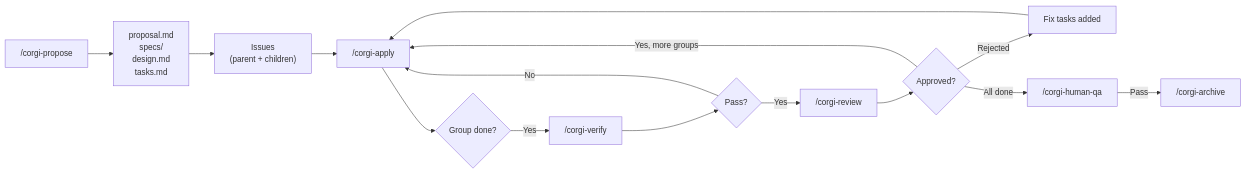
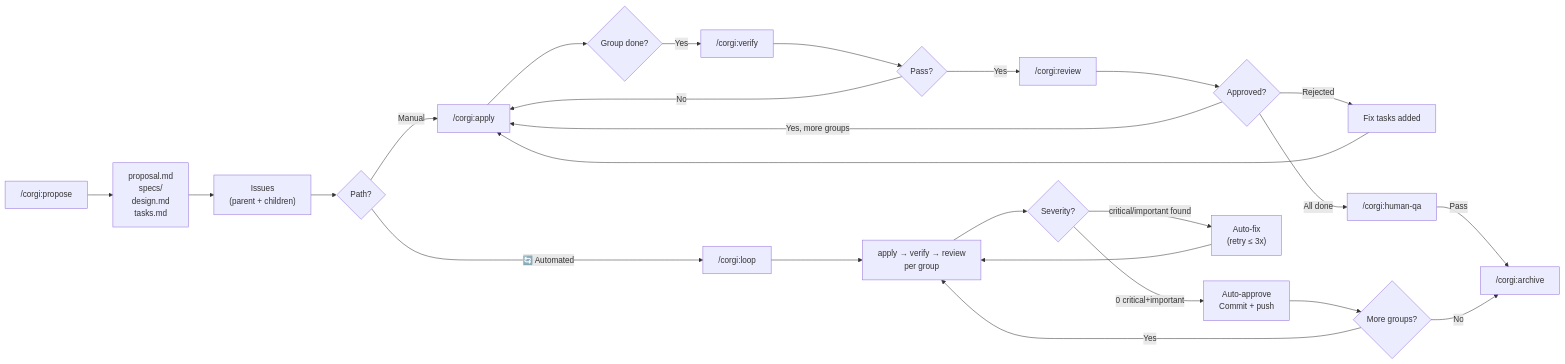
Before and after one commit to ricoyudog/Coding_Corgi_flow: the first of 2 diagrams in README.md, drawn with Mermaid. The commit also changed other lines of this file, not shown here.

Commit message:
vault backup: 2026-06-12 16:20:34

````diff
--- a/README.md
+++ b/README.md
@@ -40,17 +40,28 @@
 ```mermaid
 flowchart LR
-    A["/corgi-propose"] --> B["proposal.md\nspecs/\ndesign.md\ntasks.md"]
+    A["/corgi:propose"] --> B["proposal.md\nspecs/\ndesign.md\ntasks.md"]
     B --> C["Issues\n(parent + children)"]
-    C --> D["/corgi-apply"]
-    D --> E{"Group done?"}
-    E -->|Yes| F["/corgi-verify"]
-    F --> G{"Pass?"}
-    G -->|No| D
-    G -->|Yes| H["/corgi-review"]
-    H --> I{"Approved?"}
-    I -->|Yes, more groups| D
-    I -->|Rejected| J["Fix tasks added"]
-    J --> D
-    I -->|All done| K["/corgi-human-qa"]
-    K -->|Pass| L["/corgi-archive"]
+    C --> D{"Path?"}
+    D -->|"Manual"| E["/corgi:apply"]
+    E --> F{"Group done?"}
+    F -->|Yes| G["/corgi:verify"]
+    G --> H{"Pass?"}
+    H -->|No| E
+    H -->|Yes| I["/corgi:review"]
+    I --> J{"Approved?"}
+    J -->|"Yes, more groups"| E
+    J -->|Rejected| K["Fix tasks added"]
+    K --> E
+    J -->|"All done"| L["/corgi:human-qa"]
+    L -->|Pass| M["/corgi:archive"]
+    
+    D -->|"🔄 Automated"| N["/corgi:loop"]
+    N --> O["apply → verify → review\nper group"]
+    O --> P{"Severity?"}
+    P -->|"0 critical+important"| Q["Auto-approve\nCommit + push"]
+    Q --> R{"More groups?"}
+    R -->|Yes| O
+    R -->|No| M
+    P -->|"critical/important found"| S["Auto-fix\n(retry ≤ 3x)"]
+    S --> O
 ```
````
